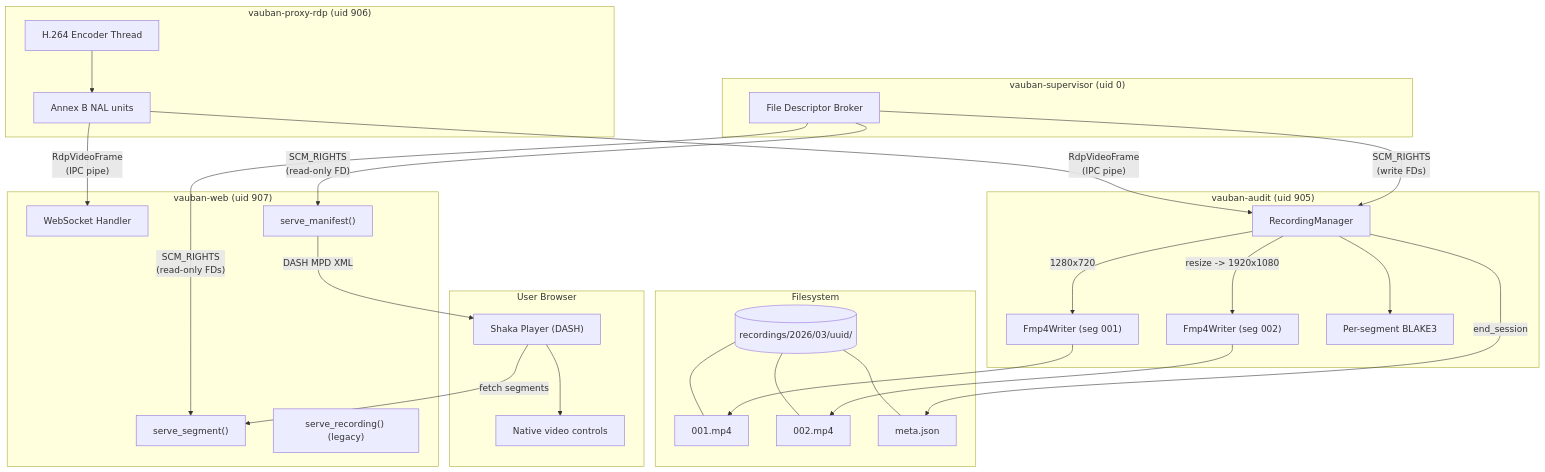
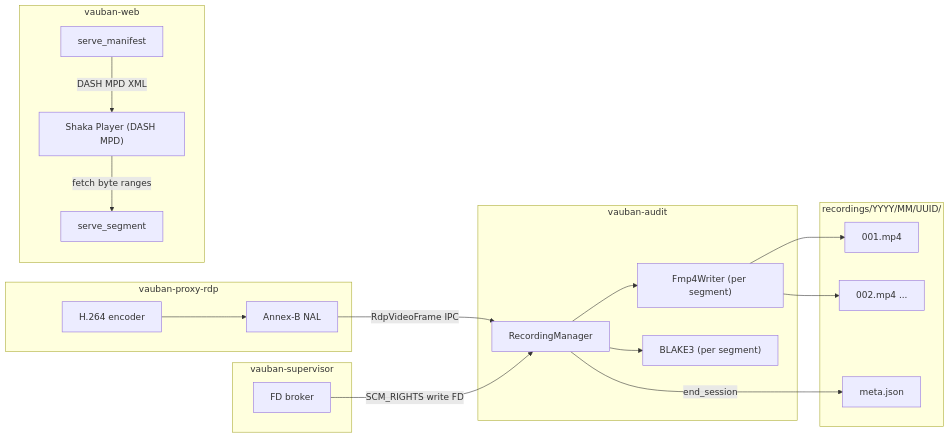
The first of 9 diagrams in docs/technical/Vauban_Recording_Architecture_EN(1.5).md (rbenaley/Vauban), drawn with Mermaid before and after one commit. The commit also changed other lines of this file, not shown here.

Commit message:
docs(recording): rewrite v1.5 as a tighter architecture-focused reference Move the changelog to an appendix and drop historical / operational noise.

````diff
--- a/docs/technical/Vauban_Recording_Architecture_EN(1.5).md
+++ b/docs/technical/Vauban_Recording_Architecture_EN(1.5).md
@@ -348,56 +86,30 @@
 ```mermaid
-flowchart TB
-    subgraph proxy ["vauban-proxy-rdp (uid 906)"]
-        ET["H.264 Encoder Thread"]
-        NAL["Annex B NAL units"]
-        ET --> NAL
+flowchart LR
+    subgraph proxy_rdp["vauban-proxy-rdp"]
+        ENC["H.264 encoder"] --> NAL["Annex-B NAL"]
+    end
+    subgraph audit["vauban-audit"]
+        RM["RecordingManager"] --> FW["Fmp4Writer (per segment)"]
+        RM --> B3["BLAKE3 (per segment)"]
+    end
+    subgraph sup["vauban-supervisor"]
+        FD["FD broker"]
+    end
+    subgraph fs["recordings/YYYY/MM/UUID/"]
+        S1["001.mp4"]
+        S2["002.mp4 ..."]
+        META["meta.json"]
+    end
+    subgraph web["vauban-web"]
+        MPD["serve_manifest"]
+        SEG["serve_segment"]
+        SHAKA["Shaka Player (DASH MPD)"]
     end
 
-    subgraph web_sandbox ["vauban-web (uid 907)"]
-        WS["WebSocket Handler"]
-        MPD["serve_manifest()"]
-        SEG_SERVE["serve_segment()"]
-        REC_SERVE["serve_recording() (legacy)"]
-    end
-
-    subgraph audit_sandbox ["vauban-audit (uid 905)"]
-        RM["RecordingManager"]
-        FW1["Fmp4Writer (seg 001)"]
-        FW2["Fmp4Writer (seg 002)"]
-        B3["Per-segment BLAKE3"]
-        RM -->|"1280x720"| FW1
-        RM -->|"resize -> 1920x1080"| FW2
-        RM --> B3
-    end
-
-    subgraph supervisor ["vauban-supervisor (uid 0)"]
-        FD["File Descriptor Broker"]
-    end
-
-    subgraph storage ["Filesystem"]
-        DIR[("recordings/2026/03/uuid/")]
-        S1["001.mp4"]
-        S2["002.mp4"]
-        META["meta.json"]
-        DIR --- S1
-        DIR --- S2
-        DIR --- META
-    end
-
-    subgraph browser ["User Browser"]
-        SHAKA["Shaka Player (DASH)"]
-        VIDEO["Native video controls"]
-        SHAKA --> VIDEO
-    end
-
-    NAL -->|"RdpVideoFrame<br/>(IPC pipe)"| WS
-    NAL -->|"RdpVideoFrame<br/>(IPC pipe)"| RM
-    FD -->|"SCM_RIGHTS<br/>(write FDs)"| RM
-    FD -->|"SCM_RIGHTS<br/>(read-only FDs)"| SEG_SERVE
-    FD -->|"SCM_RIGHTS<br/>(read-only FD)"| MPD
-    FW1 --> S1
-    FW2 --> S2
+    NAL -->|"RdpVideoFrame IPC"| RM
+    FD -->|"SCM_RIGHTS write FD"| RM
+    FW --> S1 & S2
     RM -->|"end_session"| META
     MPD -->|"DASH MPD XML"| SHAKA
-    SHAKA -->|"fetch segments"| SEG_SERVE
+    SHAKA -->|"fetch byte ranges"| SEG
 ```
````
